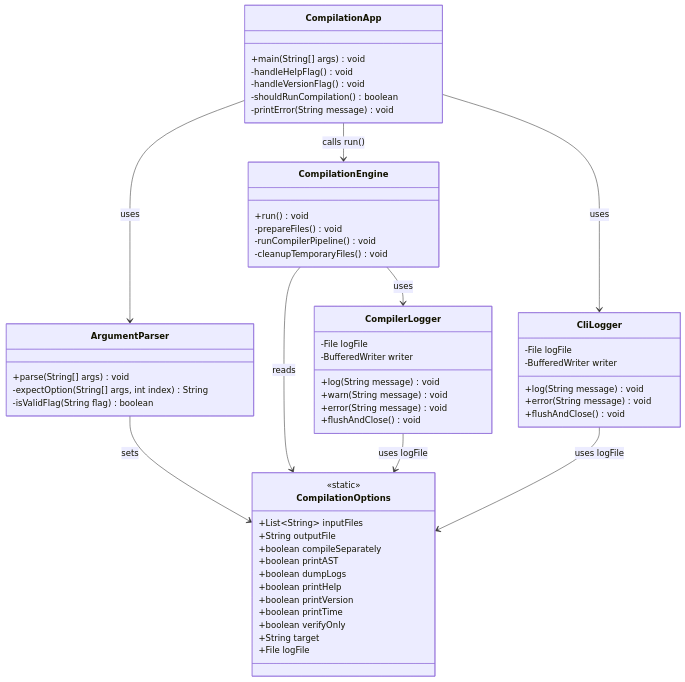
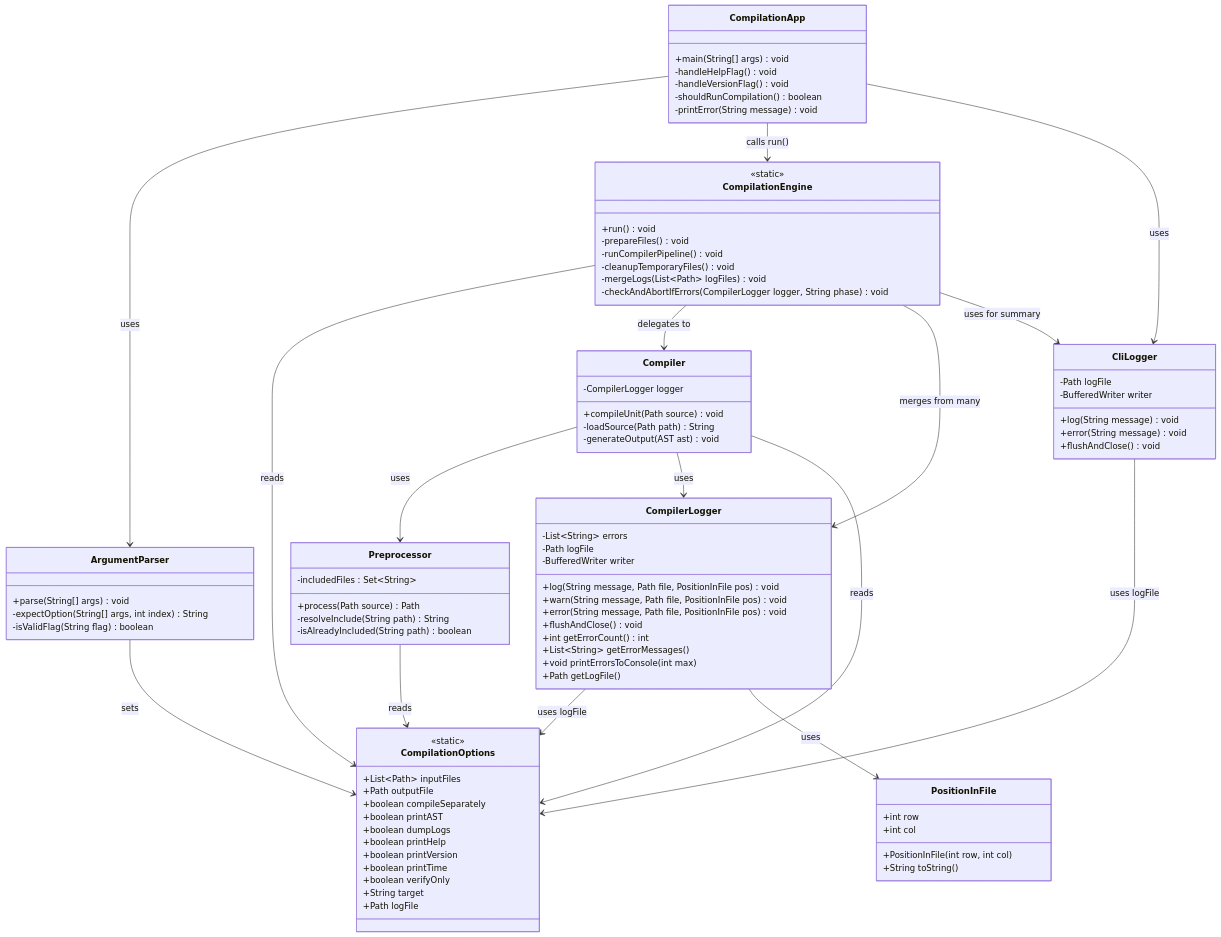
Before and after one commit to ConquerLP/Schiemens: the diagram in README.md, drawn with Mermaid.

````diff
--- a/README.md
+++ b/README.md
@@ -85,33 +85,20 @@
 ```mermaid
 classDiagram
+    %% === Helper ===
+    class PositionInFile {
+        +int row
+        +int col
+        +PositionInFile(int row, int col)
+        +String toString()
+    }
+
+    %% === CLI ===
     class CompilationApp {
         +main(String[] args) void
         -handleHelpFlag() void
         -handleVersionFlag() void
         -shouldRunCompilation() boolean
         -printError(String message) void
-    }
-
-    class CompilationOptions {
-        <<static>>
-        +List~String~ inputFiles
-        +String outputFile
-        +boolean compileSeparately
-        +boolean printAST
-        +boolean dumpLogs
-        +boolean printHelp
-        +boolean printVersion
-        +boolean printTime
-        +boolean verifyOnly
-        +String target
-        +File logFile
-    }
-
-    class CompilationEngine {
-        +run() void
-        -prepareFiles() void
-        -runCompilerPipeline() void
-        -cleanupTemporaryFiles() void
     }
 
     class ArgumentParser {
@@ -124,26 +111,83 @@
         +log(String message) void
         +error(String message) void
         +flushAndClose() void
-        -File logFile
+        -Path logFile
         -BufferedWriter writer
     }
 
+    %% === Compiler Core ===
+    class CompilationEngine {
+        <<static>>
+        +run() void
+        -prepareFiles() void
+        -runCompilerPipeline() void
+        -cleanupTemporaryFiles() void
+        -mergeLogs(List~Path~ logFiles) void
+        -checkAndAbortIfErrors(CompilerLogger logger, String phase) void
+    }
+
+    class Compiler {
+        +compileUnit(Path source) void
+        -loadSource(Path path) String
+        -generateOutput(AST ast) void
+        -CompilerLogger logger
+    }
+
+    class Preprocessor {
+        +process(Path source) Path
+        -resolveInclude(String path) String
+        -isAlreadyIncluded(String path) boolean
+        -includedFiles : Set~String~
+    }
+
     class CompilerLogger {
-        +log(String message) void
-        +warn(String message) void
-        +error(String message) void
+        +log(String message, Path file, PositionInFile pos) void
+        +warn(String message, Path file, PositionInFile pos) void
+        +error(String message, Path file, PositionInFile pos) void
         +flushAndClose() void
-        -File logFile
+        +int getErrorCount() int
+        +List~String~ getErrorMessages()
+        +void printErrorsToConsole(int max)
+        +Path getLogFile()
+        -List~String~ errors
+        -Path logFile
         -BufferedWriter writer
     }
 
+    %% === Util ===
+    class CompilationOptions {
+        <<static>>
+        +List~Path~ inputFiles
+        +Path outputFile
+        +boolean compileSeparately
+        +boolean printAST
+        +boolean dumpLogs
+        +boolean printHelp
+        +boolean printVersion
+        +boolean printTime
+        +boolean verifyOnly
+        +String target
+        +Path logFile
+    }
+
+    %% === Beziehungen ===
     CompilationApp --> ArgumentParser : uses
     ArgumentParser --> CompilationOptions : sets
     CompilationApp --> CompilationEngine : calls run()
+    CompilationApp --> CliLogger : uses
+
     CompilationEngine --> CompilationOptions : reads
-    CompilationApp --> CliLogger : uses
-    CompilationEngine --> CompilerLogger : uses
+    CompilationEngine --> Compiler : delegates to
+    CompilationEngine --> CompilerLogger : merges from many
+    CompilationEngine --> CliLogger : uses for summary
 
+    Compiler --> Preprocessor : uses
+    Compiler --> CompilerLogger : uses
+    Compiler --> CompilationOptions : reads
+
+    CompilerLogger --> CompilationOptions : uses logFile
+    CompilerLogger --> PositionInFile : uses
     CliLogger --> CompilationOptions : uses logFile
-    CompilerLogger --> CompilationOptions : uses logFile
+    Preprocessor --> CompilationOptions : reads
+
 ```
````
